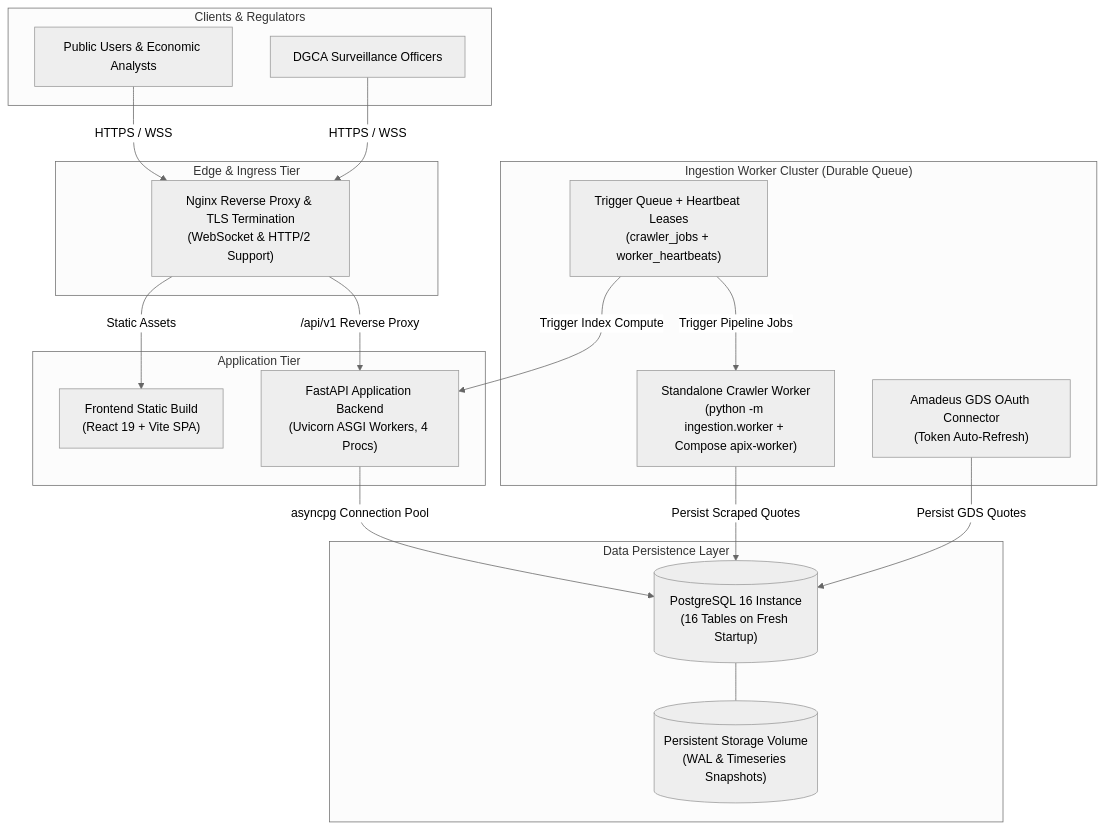
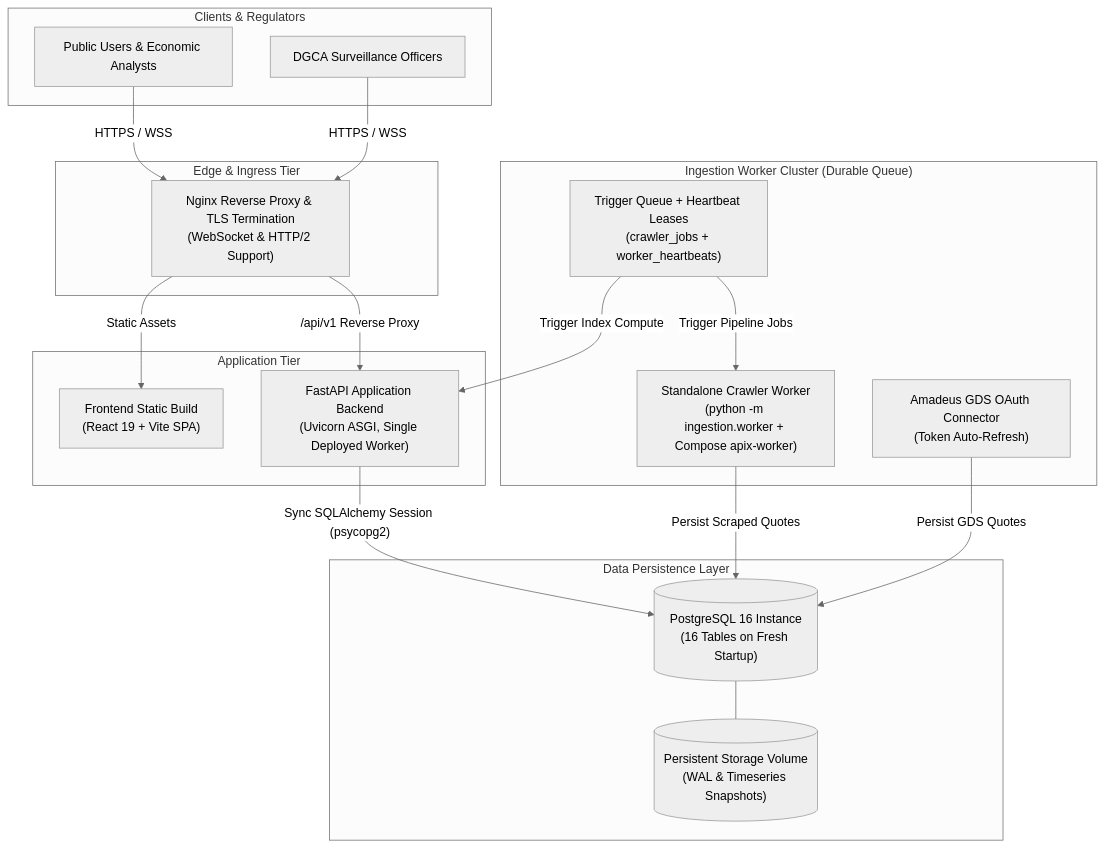
The third of 3 diagrams in docs/architecture.md (SameerKumar05/APIx), drawn with Mermaid (neutral theme) before and after one commit. The commit also changed other lines of this file and 10 other files, not shown here.

First line of the commit message:
docs: align every deployment and architecture claim with the code

````diff
--- a/docs/architecture.md
+++ b/docs/architecture.md
@@ -457,41 +459,41 @@
 ```mermaid
 flowchart TD
     subgraph CLIENTS ["Clients & Regulators"]
         USER["Public Users & Economic Analysts"]
         DGCA_USER["DGCA Surveillance Officers"]
     end
 
     subgraph EDGE ["Edge & Ingress Tier"]
         NGINX["Nginx Reverse Proxy & TLS Termination<br/>(WebSocket & HTTP/2 Support)"]
     end
 
     subgraph APP ["Application Tier"]
         FRONTEND["Frontend Static Build<br/>(React 19 + Vite SPA)"]
-        BACKEND["FastAPI Application Backend<br/>(Uvicorn ASGI Workers, 4 Procs)"]
+        BACKEND["FastAPI Application Backend<br/>(Uvicorn ASGI, Single Deployed Worker)"]
     end
 
     subgraph WORKERS ["Ingestion Worker Cluster (Durable Queue)"]
         INGEST_WORKER["Standalone Crawler Worker<br/>(python -m ingestion.worker + Compose apix-worker)"]
         GDS_CONNECTOR["Amadeus GDS OAuth Connector<br/>(Token Auto-Refresh)"]
         SCHEDULER["Trigger Queue + Heartbeat Leases<br/>(crawler_jobs + worker_heartbeats)"]
     end
 
     subgraph DATA ["Data Persistence Layer"]
         DB_SERVER[("PostgreSQL 16 Instance<br/>(16 Tables on Fresh Startup)")]
         VOLUME[("Persistent Storage Volume<br/>(WAL & Timeseries Snapshots)")]
     end
 
     USER -->|"HTTPS / WSS"| NGINX
     DGCA_USER -->|"HTTPS / WSS"| NGINX
 
     NGINX -->|"Static Assets"| FRONTEND
     NGINX -->|"/api/v1 Reverse Proxy"| BACKEND
 
-    BACKEND -->|"asyncpg Connection Pool"| DB_SERVER
+    BACKEND -->|"Sync SQLAlchemy Session (psycopg2)"| DB_SERVER
     INGEST_WORKER -->|"Persist Scraped Quotes"| DB_SERVER
     GDS_CONNECTOR -->|"Persist GDS Quotes"| DB_SERVER
     SCHEDULER -->|"Trigger Pipeline Jobs"| INGEST_WORKER
     SCHEDULER -->|"Trigger Index Compute"| BACKEND
 
     DB_SERVER --- VOLUME
 ```
````
